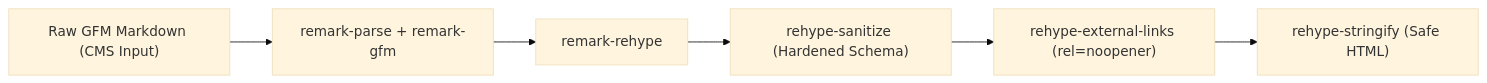
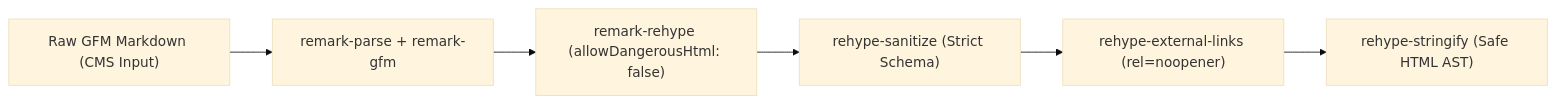
One commit to void-tech-shiv/Voidtechsolution changed the third of 3 diagrams in docs/architecture/CMS_ARCHITECTURE.md. Above: the diagram before and after it, drawn with Mermaid (base theme). The commit also changed other lines of this file and 11 other files, not shown here.

Commit message:
docs(phase-10.0.2): incorporate final CMS implementation safeguards and freeze architecture

````diff
--- a/docs/architecture/CMS_ARCHITECTURE.md
+++ b/docs/architecture/CMS_ARCHITECTURE.md
@@ -292,8 +308,8 @@
 ```mermaid
 flowchart LR
     RawMD["Raw GFM Markdown (CMS Input)"] --> Remark["remark-parse + remark-gfm"]
-    Remark --> Rehype["remark-rehype"]
-    Rehype --> Sanitize["rehype-sanitize (Hardened Schema)"]
+    Remark --> Rehype["remark-rehype (allowDangerousHtml: false)"]
+    Rehype --> Sanitize["rehype-sanitize (Strict Schema)"]
     Sanitize --> Links["rehype-external-links (rel=noopener)"]
-    Links --> HTML["rehype-stringify (Safe HTML)"]
+    Links --> HTML["rehype-stringify (Safe HTML AST)"]
 ```
````
